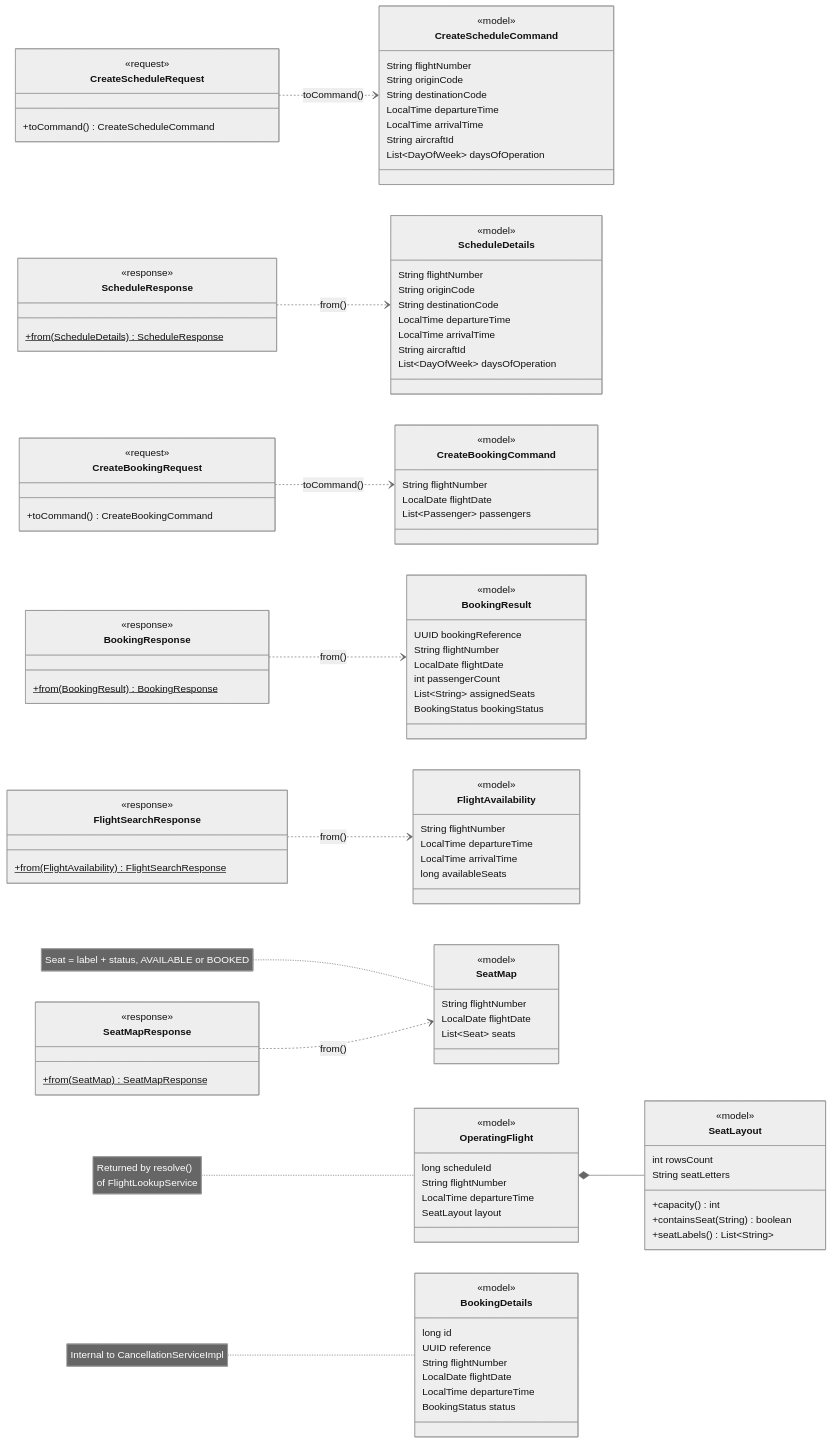
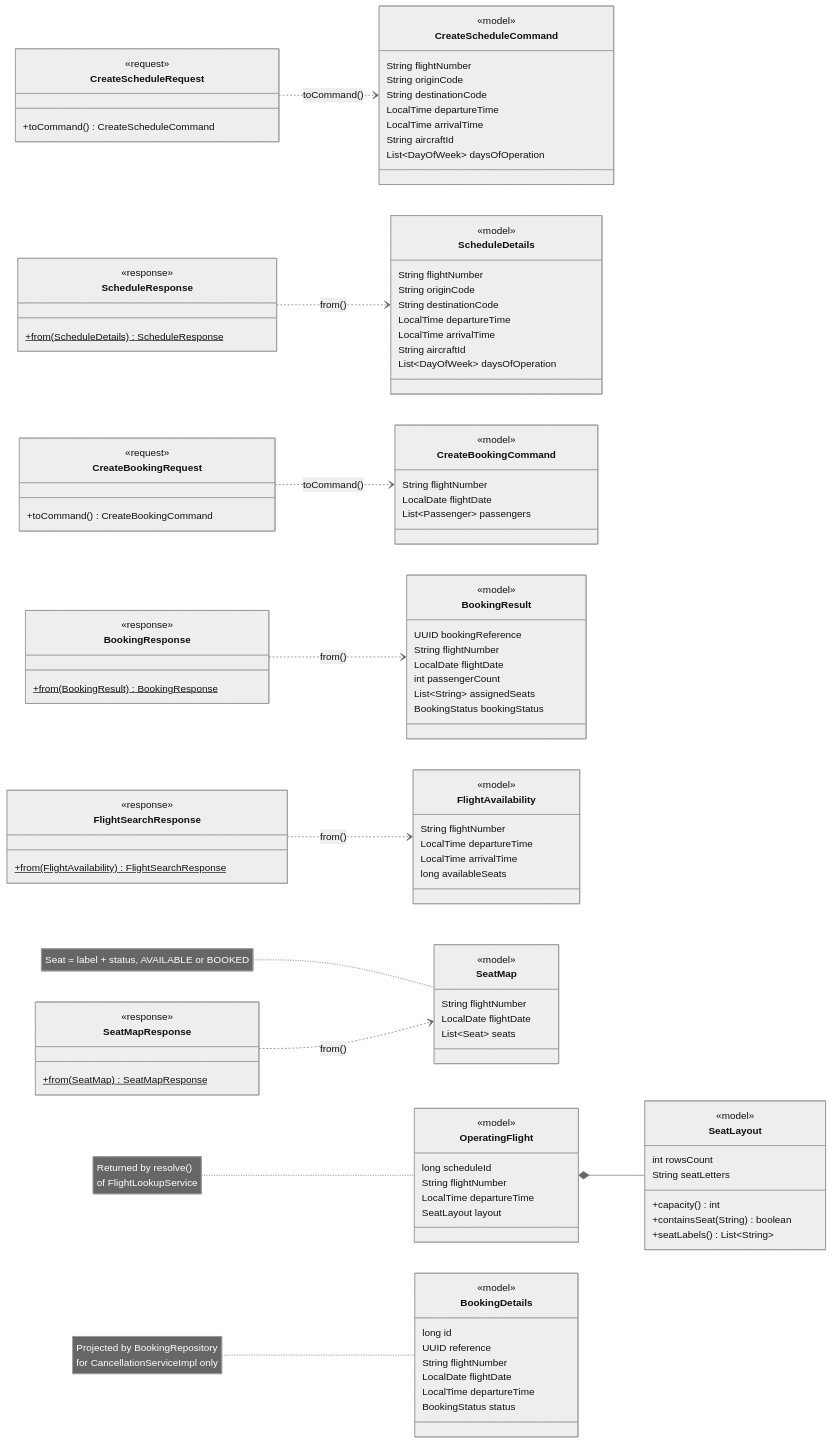
One commit to Nishant006/airline-ticketing-system changed the fourth of 10 diagrams in lld/design.md. Above: the diagram before and after it, drawn with Mermaid (neutral theme). The commit also changed other lines of this file and 33 other files, not shown here.

````diff
--- a/lld/design.md
+++ b/lld/design.md
@@ -406,6 +409,6 @@
     SeatMapResponse ..> SeatMap : from()
     OperatingFlight *-- SeatLayout
     note for SeatMap "Seat = label + status, AVAILABLE or BOOKED"
-    note for BookingDetails "Internal to CancellationServiceImpl"
+    note for BookingDetails "Projected by BookingRepository<br/>for CancellationServiceImpl only"
     note for OperatingFlight "Returned by resolve()<br/>of FlightLookupService"
 ```
````
